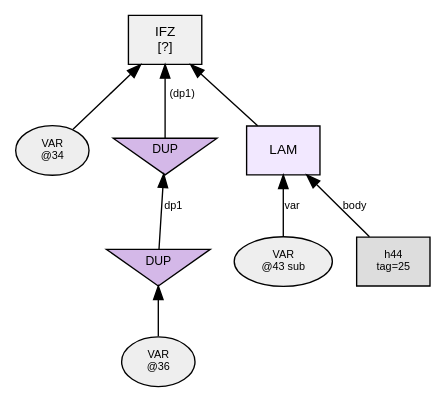
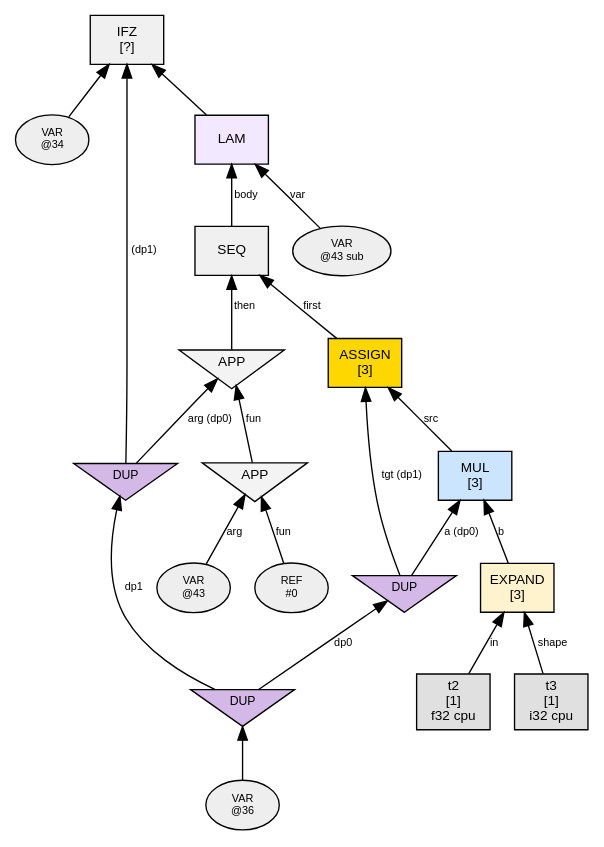
One commit to sw1sh/TinyHVM changed the diagram in phase1_graphs/loop_assign_simple/n0_steps/step_003_state_final.dot. Above: the diagram before and after it, drawn with Graphviz. The commit also changed 113 other files, not shown here.

First line of the commit message:
fix: step graph quality — init highlight, TAG_SEQ, checker rules

```diff
--- a/phase1_graphs/loop_assign_simple/n0_steps/step_003_state_final.dot
+++ b/phase1_graphs/loop_assign_simple/n0_steps/step_003_state_final.dot
@@ -1,22 +1,45 @@
 digraph G {
   // PREV_INTERACTION: interact_APP
   rankdir=BT;
   node [fontname="Helvetica", fontsize=10, style=filled, shape=box, margin="0.1,0.05"];
   edge [fontsize=8, fontname="Helvetica"];
 
   n38 [label="IFZ\n[?]", shape=box, fillcolor="#f0f0f0"];
   var38 [label="VAR\n@34", shape=oval, fillcolor="#eeeeee", fontsize=8];
   var38 -> n38 [label=""];
   dup41 [label="DUP", shape=invtriangle, fillcolor="#d4b8e8", fontsize=9, width=0.7, height=0.5];
   dup42 -> dup41 [label="dp1"];
   dup42 [label="DUP", shape=invtriangle, fillcolor="#d4b8e8", fontsize=9, width=0.7, height=0.5];
   var42 [label="VAR\n@36", shape=oval, fillcolor="#eeeeee", fontsize=8];
   var42 -> dup42;
   dup41 -> n38 [label=" (dp1)"];
   n43 -> n38 [label=""];
   n43 [label="LAM", shape=box, fillcolor="#f2e8ff"];
   var43 [label="VAR\n@43 sub", shape=oval, fillcolor="#eeeeee", fontsize=8];
   var43 -> n43 [label="var"];
-  h44 [label="h44\ntag=25", shape=box, fillcolor="#dddddd", fontsize=8];
-  h44 -> n43 [label="body"];
+  n45 -> n43 [label="body"];
+  n45 [label="SEQ", shape=box, fillcolor="#f0f0f0"];
+  n47 -> n45 [label="first"];
+  n54 -> n45 [label="then"];
+  n47 [label="ASSIGN\n[3]", shape=box, fillcolor="#ffd700"];
+  dup49 [label="DUP", shape=invtriangle, fillcolor="#d4b8e8", fontsize=9, width=0.7, height=0.5];
+  dup42 -> dup49 [label="dp0"];
+  dup49 -> n47 [label="tgt (dp1)"];
+  n50 -> n47 [label="src"];
+  n54 [label="APP", shape=invtriangle, fillcolor="#f3f3f3"];
+  n56 -> n54 [label="fun"];
+  dup41 -> n54 [label="arg (dp0)"];
+  n50 [label="MUL\n[3]", shape=box, fillcolor="#cce5ff"];
+  dup49 -> n50 [label="a (dp0)"];
+  n52 -> n50 [label="b"];
+  n52 [label="EXPAND\n[3]", shape=box, fillcolor="#fff3cd"];
+  t2 [label="t2\n[1]\nf32 cpu",shape=box,fillcolor="#e0e0e0"];
+  t2 -> n52 [label="in"];
+  t3 [label="t3\n[1]\ni32 cpu",shape=box,fillcolor="#e0e0e0"];
+  t3 -> n52 [label="shape"];
+  n56 [label="APP", shape=invtriangle, fillcolor="#f3f3f3"];
+  ref56 [label="REF\n#0", shape=oval, fillcolor="#eeeeee", fontsize=8];
+  ref56 -> n56 [label="fun"];
+  var57 [label="VAR\n@43", shape=oval, fillcolor="#eeeeee", fontsize=8];
+  var57 -> n56 [label="arg"];
 }
```
